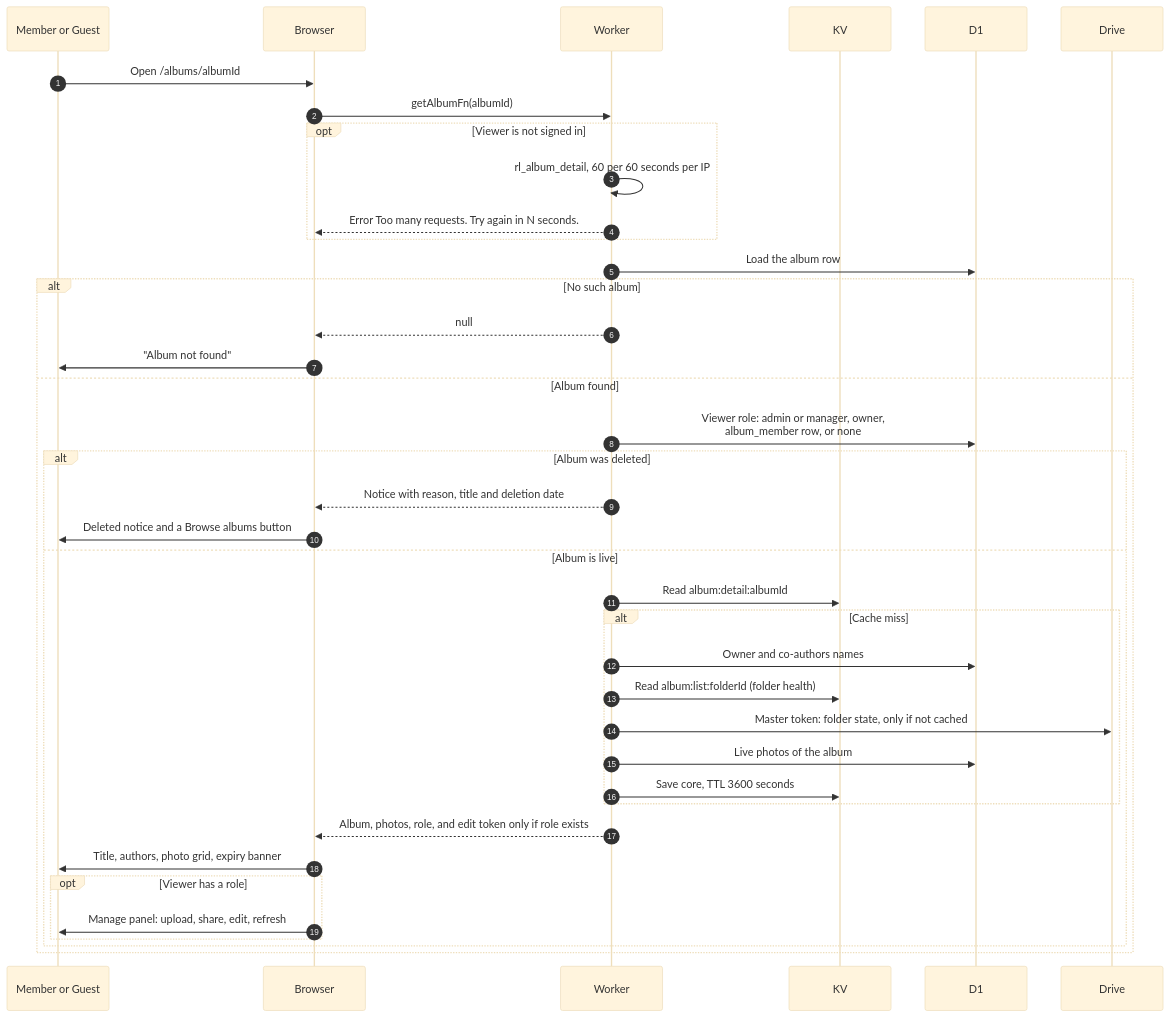
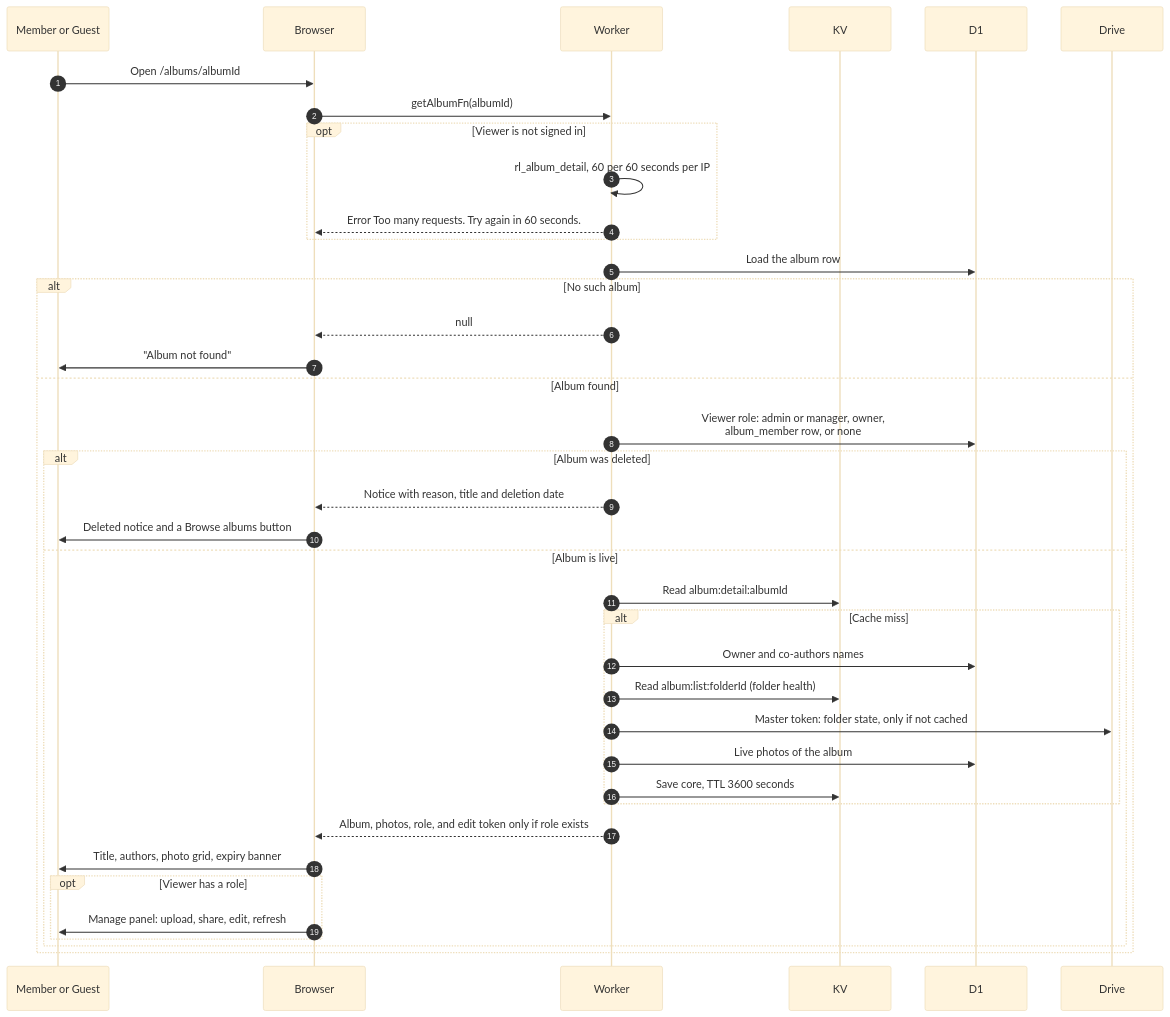
Before and after one commit to sagyzdop/meriksirat: the diagram in docs/scenarios/albums/view-album.md, drawn with Mermaid (base theme). The commit also changed other lines of this file and 17 other files, not shown here.

Commit message:
docs(scenarios): verify albums diagrams against the code

````diff
--- a/docs/scenarios/albums/view-album.md
+++ b/docs/scenarios/albums/view-album.md
@@ -16,41 +16,41 @@
 ```mermaid
 sequenceDiagram
     autonumber
     participant U as Member or Guest
     participant B as Browser
     participant W as Worker
     participant K as KV
     participant D as D1
     participant G as Drive
     U->>B: Open /albums/albumId
     B->>W: getAlbumFn(albumId)
     opt Viewer is not signed in
         W->>W: rl_album_detail, 60 per 60 seconds per IP
-        W-->>B: Error Too many requests. Try again in N seconds.
+        W-->>B: Error Too many requests. Try again in 60 seconds.
     end
     W->>D: Load the album row
     alt No such album
         W-->>B: null
         B->>U: "Album not found"
     else Album found
         W->>D: Viewer role: admin or manager, owner,<br/>album_member row, or none
         alt Album was deleted
             W-->>B: Notice with reason, title and deletion date
             B->>U: Deleted notice and a Browse albums button
         else Album is live
             W->>K: Read album:detail:albumId
             alt Cache miss
                 W->>D: Owner and co-authors names
                 W->>K: Read album:list:folderId (folder health)
                 W->>G: Master token: folder state, only if not cached
                 W->>D: Live photos of the album
                 W->>K: Save core, TTL 3600 seconds
             end
             W-->>B: Album, photos, role, and edit token only if role exists
             B->>U: Title, authors, photo grid, expiry banner
             opt Viewer has a role
                 B->>U: Manage panel: upload, share, edit, refresh
             end
         end
     end
 ```
````
